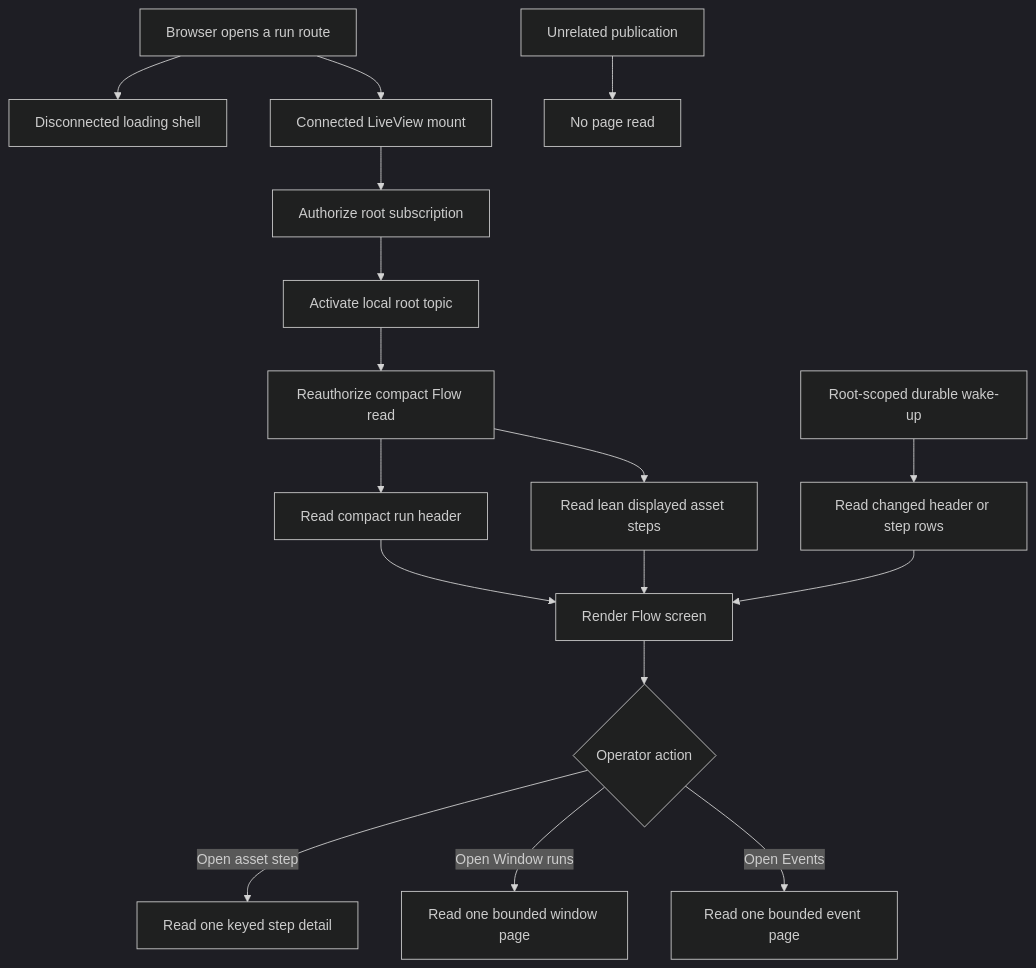
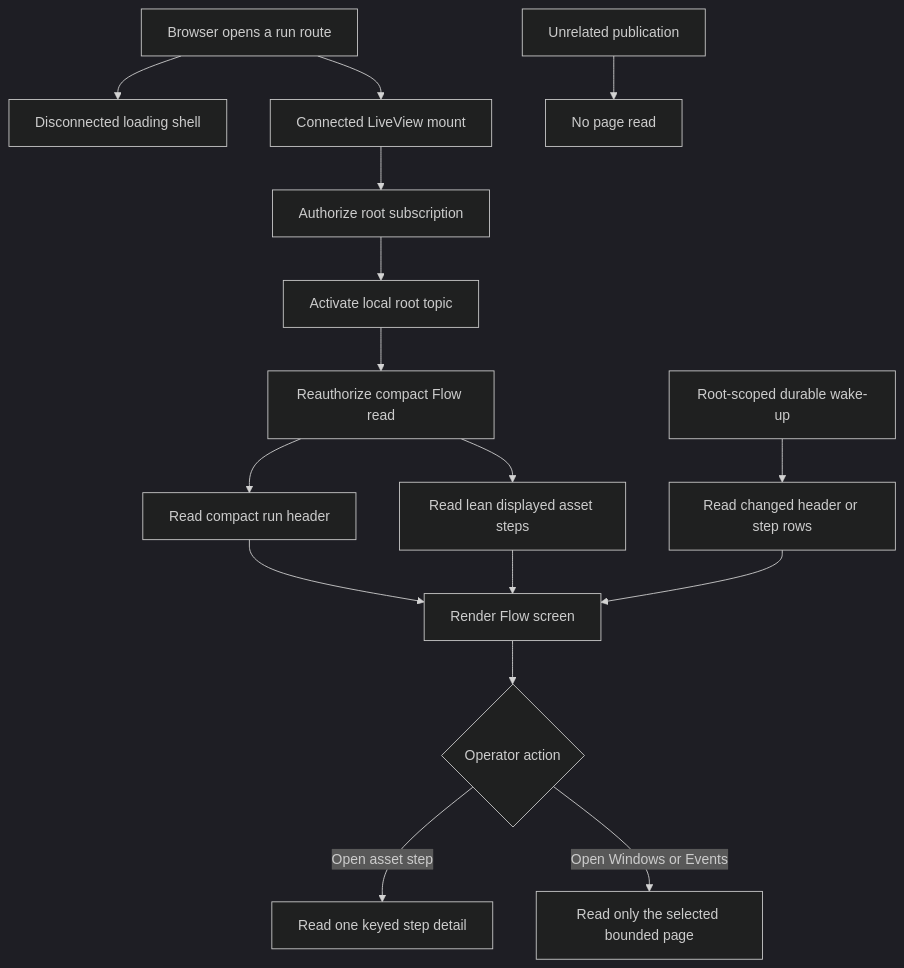
The fourth of 7 diagrams in docs/change-records/2026/issue-658-pr-659-run-detail-read-performance.md (eirhop/favn), drawn with Mermaid (dark theme) before and after one commit. The commit also changed other lines of this file, not shown here.

Commit message:
docs: make run detail diagrams GitHub-readable

````diff
--- a/docs/change-records/2026/issue-658-pr-659-run-detail-read-performance.md
+++ b/docs/change-records/2026/issue-658-pr-659-run-detail-read-performance.md
@@ -217,19 +227,18 @@
 ```mermaid
 flowchart TD
     A[Browser opens a run route] --> B[Disconnected loading shell]
     A --> C[Connected LiveView mount]
     C --> D[Authorize root subscription]
     D --> E[Activate local root topic]
     E --> F[Reauthorize compact Flow read]
     F --> P[Read compact run header]
     F --> Q[Read lean displayed asset steps]
     P --> G[Render Flow screen]
     Q --> G
     G --> H{Operator action}
     H -->|Open asset step| I[Read one keyed step detail]
-    H -->|Open Window runs| J[Read one bounded window page]
-    H -->|Open Events| K[Read one bounded event page]
+    H -->|Open Windows or Events| J[Read only the selected bounded page]
     L[Root-scoped durable wake-up] --> M[Read changed header or step rows]
     M --> G
     N[Unrelated publication] --> O[No page read]
 ```
````
